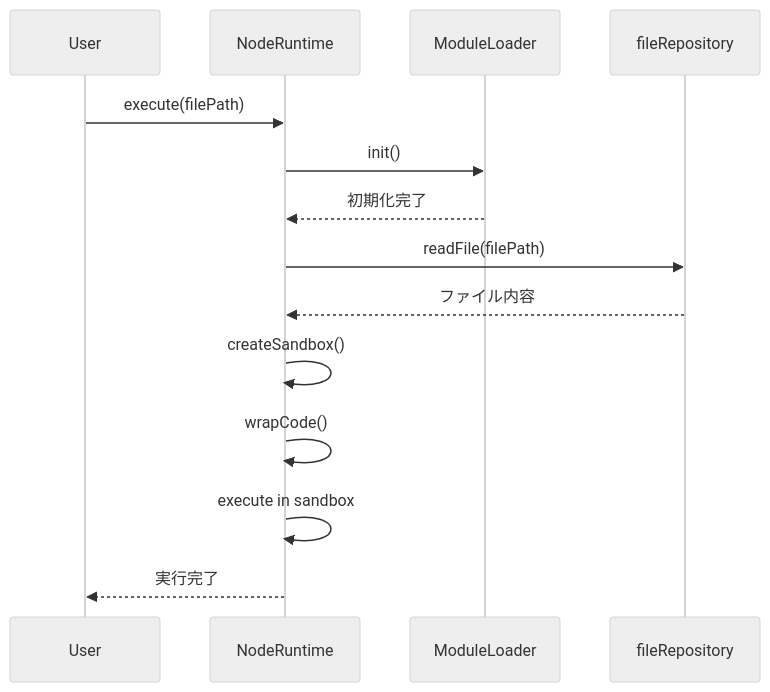
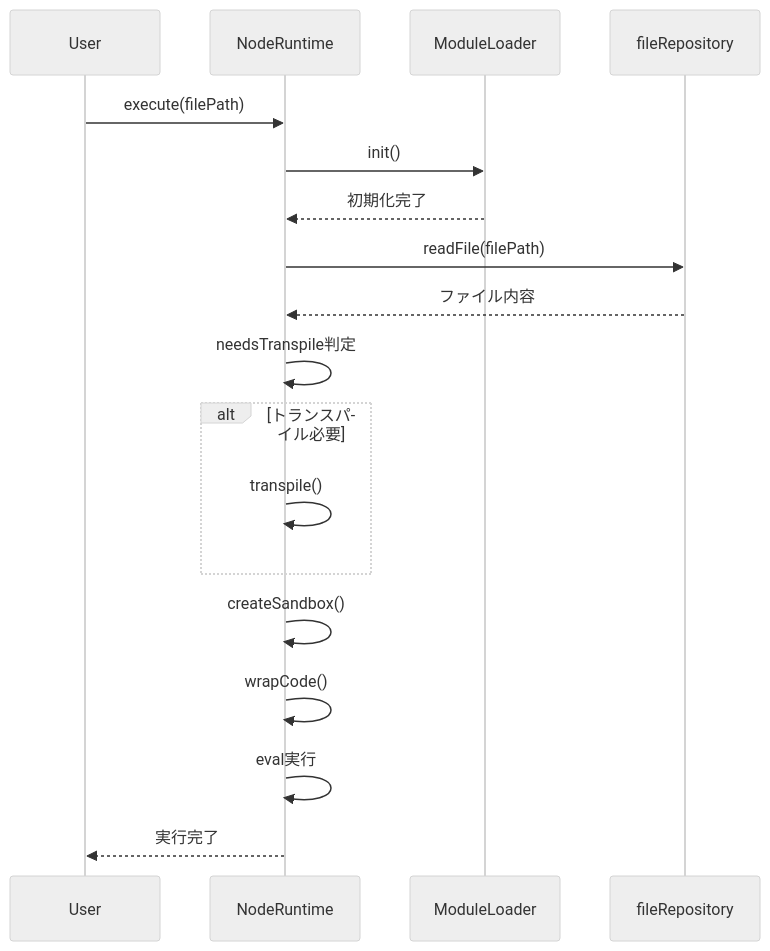
The second of 12 diagrams in docs/NODE-RUNTIME.md (Stasshe/Pyxis-CodeCanvas), drawn with Mermaid (neutral theme) before and after one commit. The commit also changed other lines of this file and 3 other files, not shown here.

````diff
--- a/docs/NODE-RUNTIME.md
+++ b/docs/NODE-RUNTIME.md
@@ -130,19 +101,26 @@
 ```mermaid
 sequenceDiagram
     participant User
     participant Runtime as NodeRuntime
     participant Loader as ModuleLoader
     participant FileRepo as fileRepository
     
     User->>Runtime: execute(filePath)
     Runtime->>Loader: init()
     Loader-->>Runtime: 初期化完了
     
     Runtime->>FileRepo: readFile(filePath)
     FileRepo-->>Runtime: ファイル内容
     
+    Runtime->>Runtime: needsTranspile判定
+    
+    alt トランスパイル必要
+        Runtime->>Runtime: transpile()
+    end
+    
     Runtime->>Runtime: createSandbox()
     Runtime->>Runtime: wrapCode()
-    Runtime->>Runtime: execute in sandbox
+    Runtime->>Runtime: eval実行
+    
     Runtime-->>User: 実行完了
 ```
````
